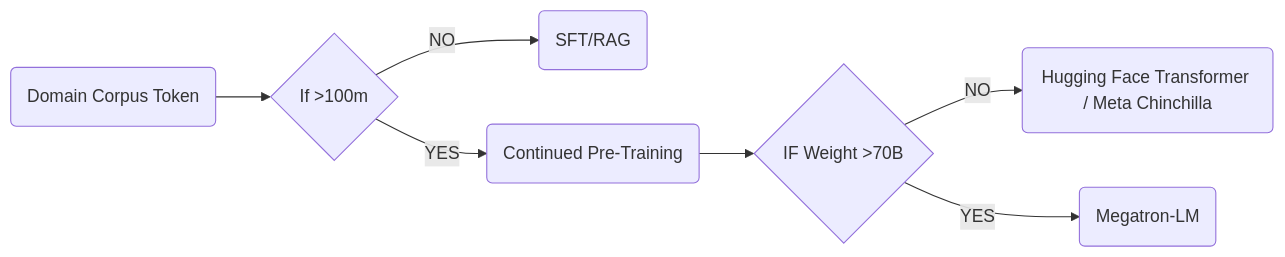
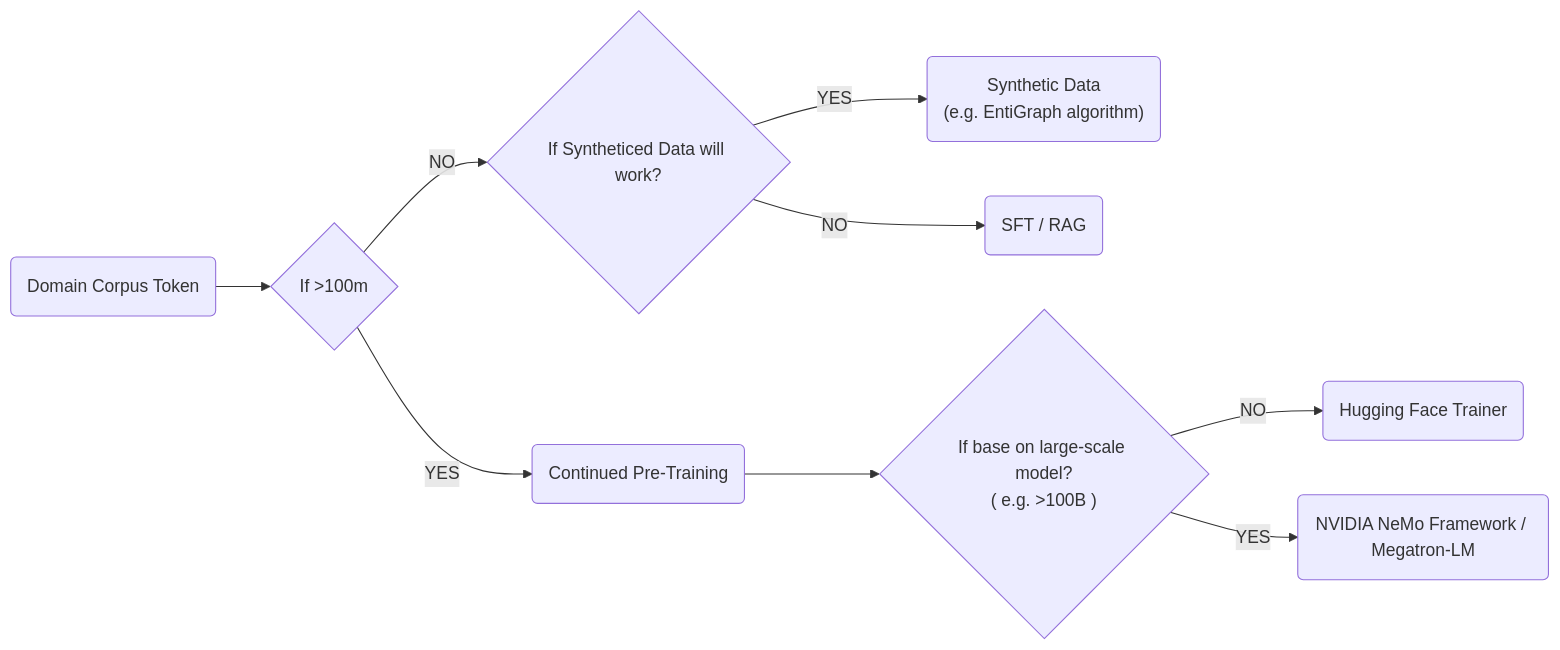
The diagram in docs/llm-fine-tune-cpt.md (ChrisZhu2050/chriszhu2050.github.io), drawn with Mermaid before and after one commit. The commit also changed other lines of this file, not shown here.

````diff
--- a/docs/llm-fine-tune-cpt.md
+++ b/docs/llm-fine-tune-cpt.md
@@ -7,9 +7,14 @@
     ```mermaid
             graph LR
                 A("`Domain Corpus Token
                 `") --> C{"`If >100m
-                `"}--NO-->D(SFT/RAG)
-                C--YES-->E(Continued Pre-Training)-->F{IF Weight >70B}--NO-->G(Hugging Face Transformer / Meta Chinchilla)
-                F--YES-->H(Megatron-LM)
+                `"}--NO-->
+                D1{If Syntheticed Data will work?}--YES-->D2("`Synthetic Data
+                (e.g. EntiGraph algorithm)`")
+                D1--NO-->D3("` SFT / RAG `")
+                C--YES-->E(Continued Pre-Training)-->F{"`If base on large-scale model?
+                ( e.g. >100B )`"}--NO-->G( Hugging Face Trainer )
+                F--YES-->H(NVIDIA NeMo Framework / Megatron-LM
+                )
                 
-    ```
+    ```  
````
